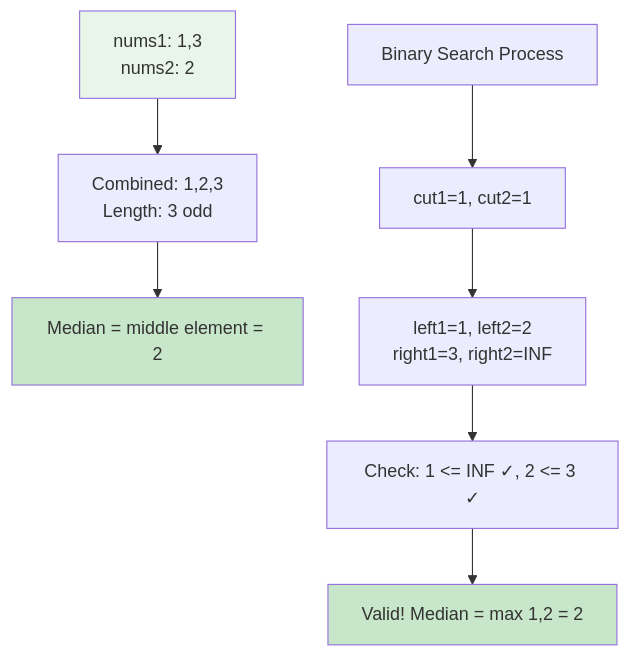
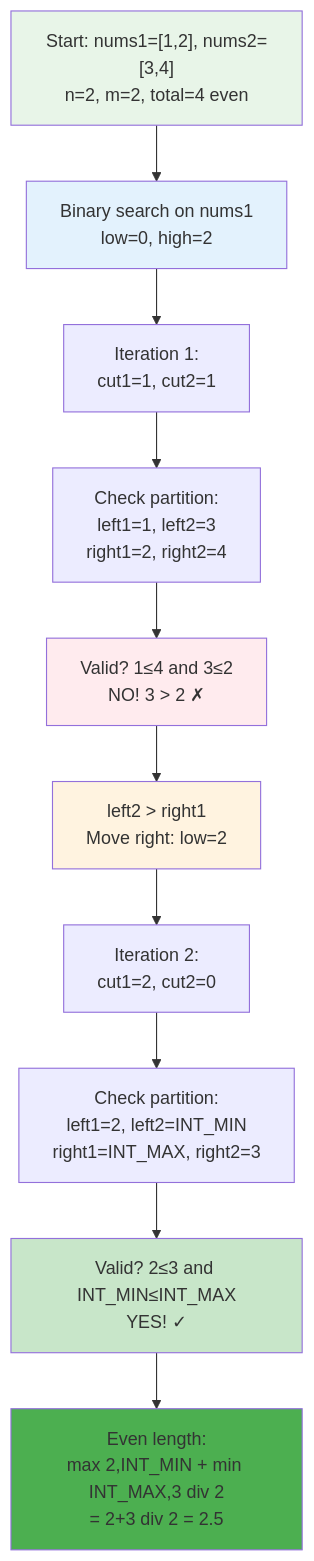
Before and after one commit to LuckyLongre123/DSA_CPP: the fifth of 25 diagrams in Day_043/README.md, drawn with Mermaid. The commit also changed other lines of this file and 10 other files, not shown here.

````diff
--- a/Day_043/README.md
+++ b/Day_043/README.md
@@ -139,14 +216,19 @@
 ```mermaid
-graph TD
-    A[nums1: 1,3<br/>nums2: 2] --> B[Combined: 1,2,3<br/>Length: 3 odd]
-    B --> C[Median = middle element = 2]
-    
-    D[Binary Search Process] --> E[cut1=1, cut2=1]
-    E --> F[left1=1, left2=2<br/>right1=3, right2=INF]
-    F --> G[Check: 1 <= INF ✓, 2 <= 3 ✓]
-    G --> H[Valid! Median = max 1,2 = 2]
+flowchart TD
+    A["Start: nums1=[1,2], nums2=[3,4]<br/>n=2, m=2, total=4 even"] --> B["Binary search on nums1<br/>low=0, high=2"]
+    B --> C["Iteration 1:<br/>cut1=1, cut2=1"]
+    C --> D["Check partition:<br/>left1=1, left2=3<br/>right1=2, right2=4"]
+    D --> E["Valid? 1≤4 and 3≤2<br/>NO! 3 > 2 ✗"]
+    E --> F["left2 > right1<br/>Move right: low=2"]
+    F --> G["Iteration 2:<br/>cut1=2, cut2=0"]
+    G --> H["Check partition:<br/>left1=2, left2=INT_MIN<br/>right1=INT_MAX, right2=3"]
+    H --> I["Valid? 2≤3 and INT_MIN≤INT_MAX<br/>YES! ✓"]
+    I --> J["Even length:<br/>max 2,INT_MIN + min INT_MAX,3 div 2<br/>= 2+3 div 2 = 2.5"]
     
     style A fill:#e8f5e8
-    style C fill:#c8e6c9
-    style H fill:#c8e6c9
+    style B fill:#e3f2fd
+    style E fill:#ffebee
+    style F fill:#fff3e0
+    style I fill:#c8e6c9
+    style J fill:#4caf50
 ```
````
